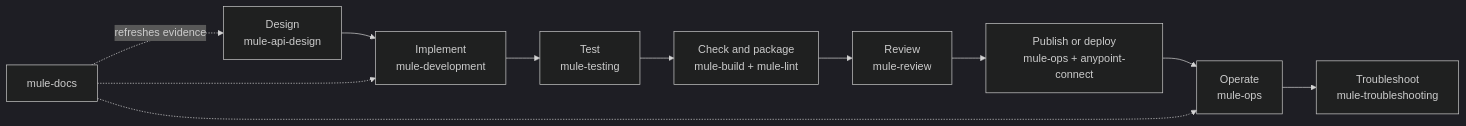
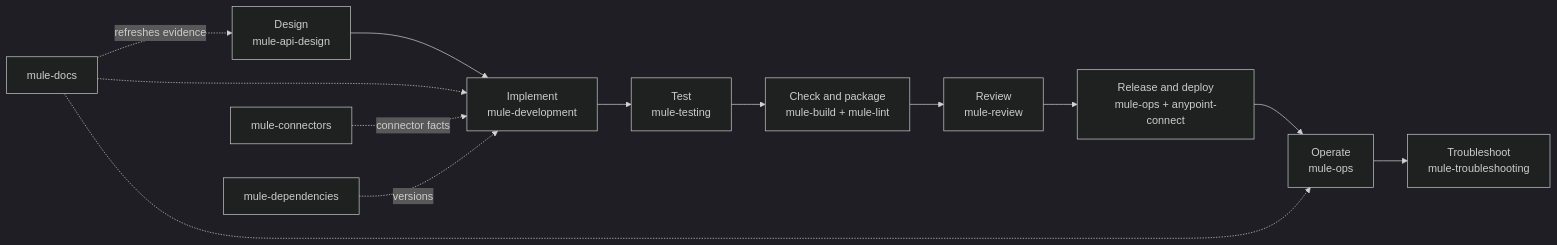
The diagram in docs/index.md (Avinava/mule-skills), drawn with Mermaid (dark theme) before and after one commit. The commit also changed other lines of this file and 69 other files, not shown here.

````diff
--- a/docs/index.md
+++ b/docs/index.md
@@ -59,13 +59,15 @@
 ```mermaid
 flowchart LR
     D[Design<br/>mule-api-design] --> I[Implement<br/>mule-development]
     I --> T[Test<br/>mule-testing]
     T --> B[Check and package<br/>mule-build + mule-lint]
     B --> R[Review<br/>mule-review]
-    R --> A[Publish or deploy<br/>mule-ops + anypoint-connect]
+    R --> A[Release and deploy<br/>mule-ops + anypoint-connect]
     A --> O[Operate<br/>mule-ops]
     O --> X[Troubleshoot<br/>mule-troubleshooting]
     Docs[mule-docs] -. refreshes evidence .-> D
     Docs -.-> I
     Docs -.-> O
+    Conn[mule-connectors] -. connector facts .-> I
+    Deps[mule-dependencies] -. versions .-> I
 ```
````
